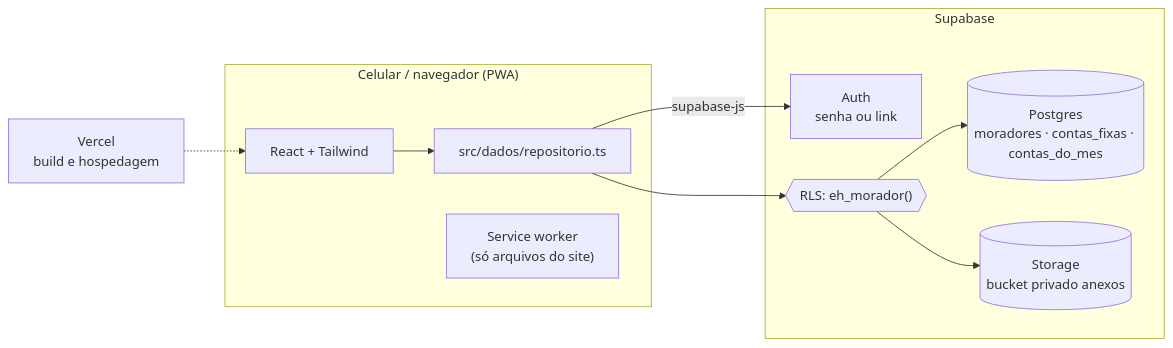
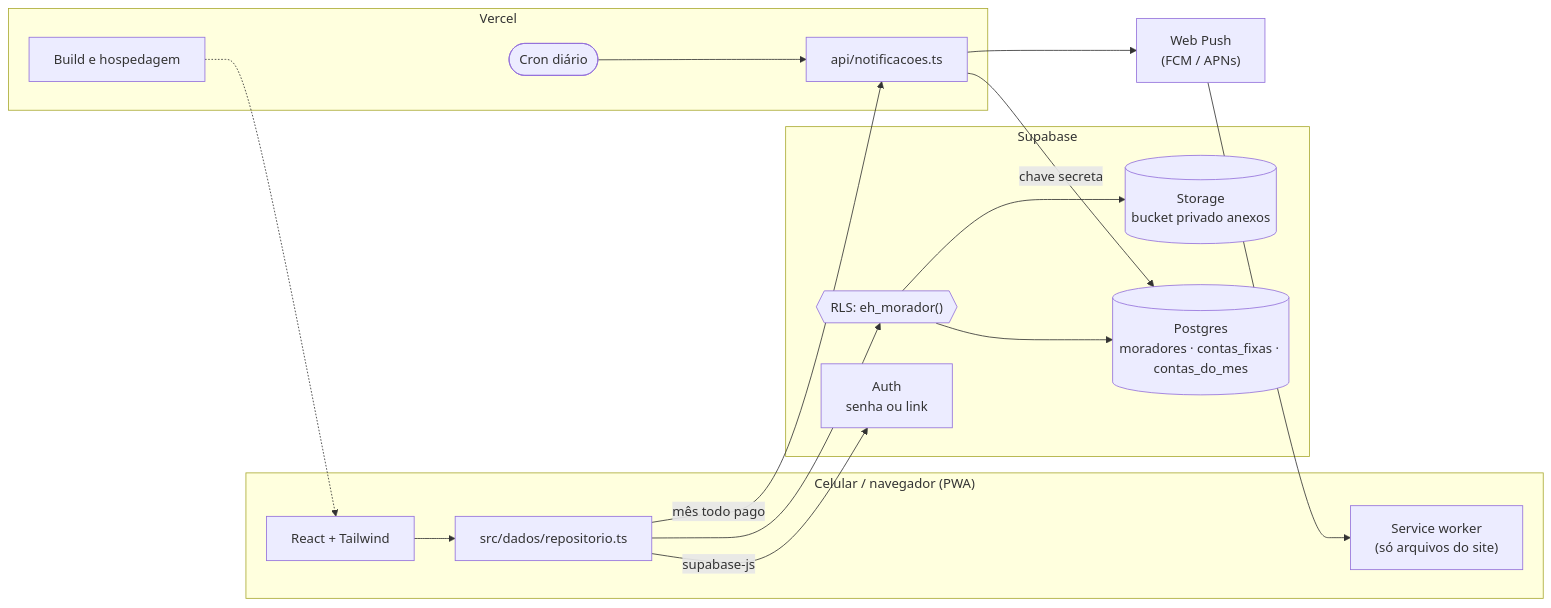
One commit to ODBreno/ja_pagou changed the diagram in README.md. Above: the diagram before and after it, drawn with Mermaid. The commit also changed other lines of this file and 12 other files, not shown here.

First line of the commit message:
feat(notificacoes): adiciona lembretes de vencimento por push

````diff
--- a/README.md
+++ b/README.md
@@ -58,22 +60,34 @@
 ```mermaid
 flowchart LR
   subgraph Celular["Celular / navegador (PWA)"]
     UI["React + Tailwind"]
     Repo["src/dados/repositorio.ts"]
     SW["Service worker<br/>(só arquivos do site)"]
     UI --> Repo
   end
 
   subgraph Supabase
     Auth["Auth<br/>senha ou link"]
     DB[("Postgres<br/>moradores · contas_fixas · contas_do_mes")]
     Storage[("Storage<br/>bucket privado anexos")]
     RLS{{"RLS: eh_morador()"}}
   end
 
-  Vercel["Vercel<br/>build e hospedagem"] -.-> UI
+  subgraph Vercel
+    Hosting["Build e hospedagem"]
+    Cron(["Cron diário"])
+    Funcao["api/notificacoes.ts"]
+  end
+
+  Push["Web Push<br/>(FCM / APNs)"]
+
+  Hosting -.-> UI
   Repo -->|"supabase-js"| Auth
   Repo --> RLS
   RLS --> DB
   RLS --> Storage
+  Cron --> Funcao
+  Repo -->|"mês todo pago"| Funcao
+  Funcao -->|"chave secreta"| DB
+  Funcao --> Push --> SW
 ```
````
